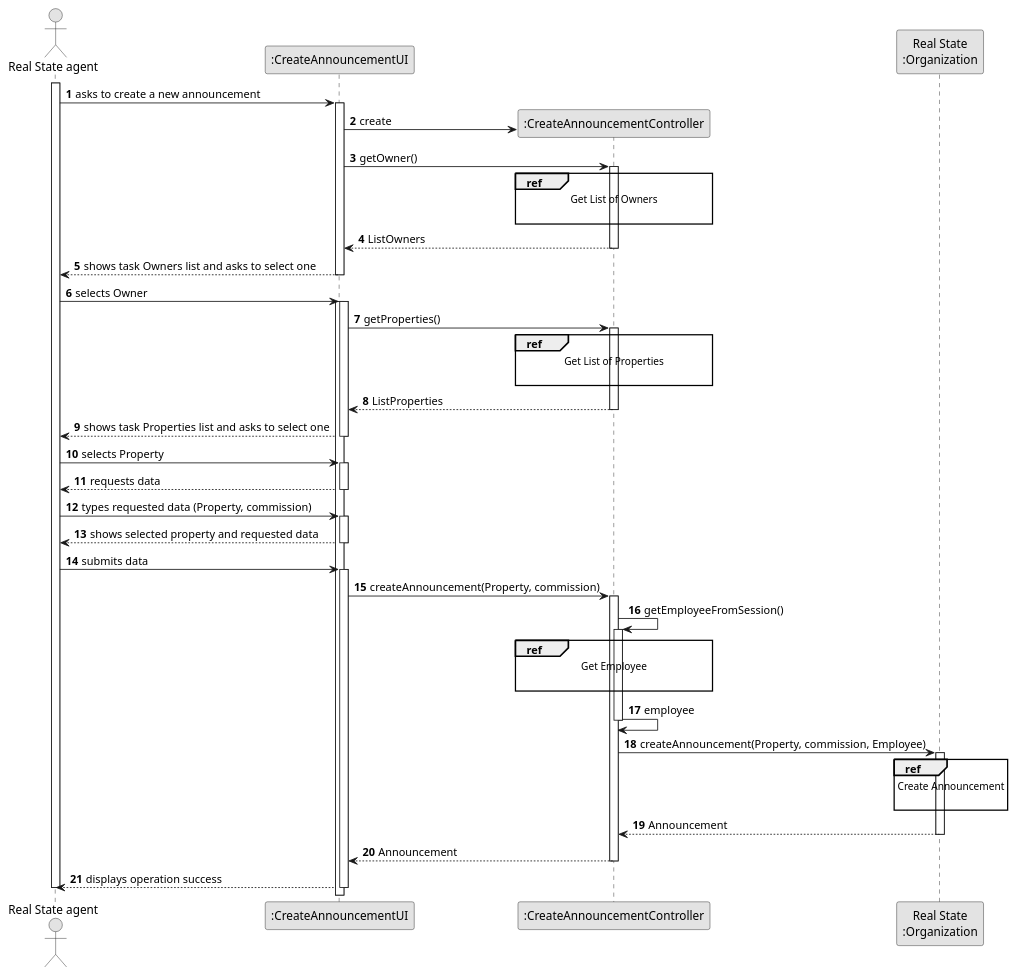
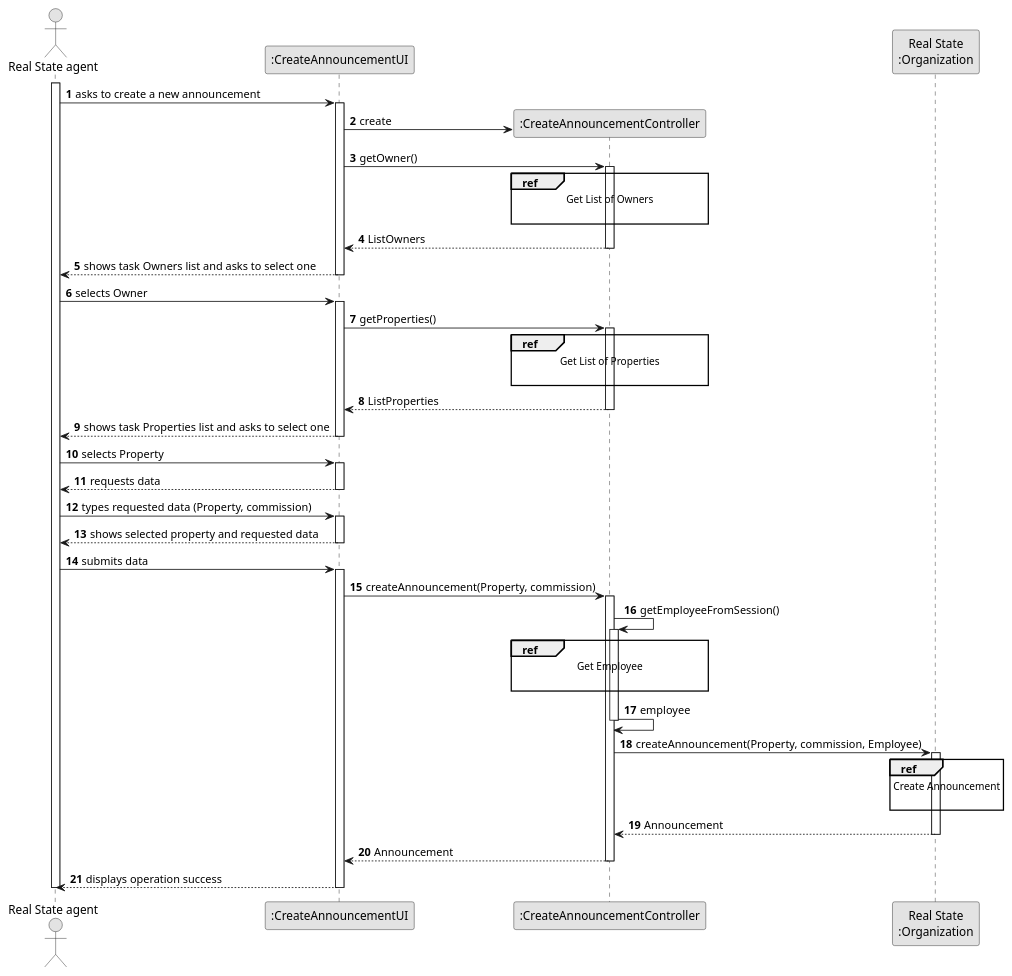
Before and after one commit to hugosilva2901/lei-22-s2-1DO-g68: the diagram in lei-22-s2-1do-g68/docs/SprintB/us002/03.design/puml/us002-sequence-diagram-split.puml, drawn with PlantUML. The commit also changed 3 other files, not shown here.

Commit message:
sequence diagram parcial us002

```diff
--- a/lei-22-s2-1do-g68/docs/SprintB/us002/03.design/puml/us002-sequence-diagram-split.puml
+++ b/lei-22-s2-1do-g68/docs/SprintB/us002/03.design/puml/us002-sequence-diagram-split.puml
@@ -1,100 +1,99 @@
 @startuml
 skinparam monochrome true
 skinparam packageStyle rectangle
 skinparam shadowing false
 
 autonumber
 
 'hide footbox
 actor "Real State agent" as ADM
 participant ":CreateAnnouncementUI" as UI
 participant ":CreateAnnouncementController" as CTRL
 participant "Real State\n:Organization" as ORG
 
 activate ADM
 
     ADM -> UI : asks to create a new announcement
 
     activate UI
 
         UI -> CTRL** : create
         UI -> CTRL : getOwner()
         ref over CTRL
             Get List of Owners
 
         end ref
 
         activate CTRL
 
             CTRL --> UI : ListOwners
         deactivate CTRL
 
         UI --> ADM : shows task Owners list and asks to select one
     deactivate UI
 
     ADM -> UI : selects Owner
-    activate UI
 
     activate UI
 
             UI -> CTRL : getProperties()
             ref over CTRL
                 Get List of Properties
 
             end ref
 
             activate CTRL
 
                 CTRL --> UI : ListProperties
             deactivate CTRL
 
             UI --> ADM : shows task Properties list and asks to select one
         deactivate UI
 
         ADM -> UI : selects Property
         activate UI
 
         UI --> ADM : requests data
     deactivate UI
 
     ADM -> UI : types requested data (Property, commission)
     activate UI
 
         UI --> ADM : shows selected property and requested data
     deactivate UI
 
     ADM -> UI : submits data
     activate UI
 
         UI -> CTRL : createAnnouncement(Property, commission)
         activate CTRL
 
             CTRL -> CTRL : getEmployeeFromSession()
             activate CTRL
 
                 ref over CTRL
                     Get Employee
 
                 end ref
                 CTRL -> CTRL : employee
             deactivate CTRL
 
             CTRL -> ORG: createAnnouncement(Property, commission, Employee)
             activate ORG
 
                 ref over ORG
                     Create Announcement
 
                 end
 
                 ORG --> CTRL : Announcement
             deactivate ORG
 
             CTRL --> UI: Announcement
             deactivate CTRL
             UI --> ADM: displays operation success
     deactivate UI
 
 deactivate ADM
 
 @enduml
```
